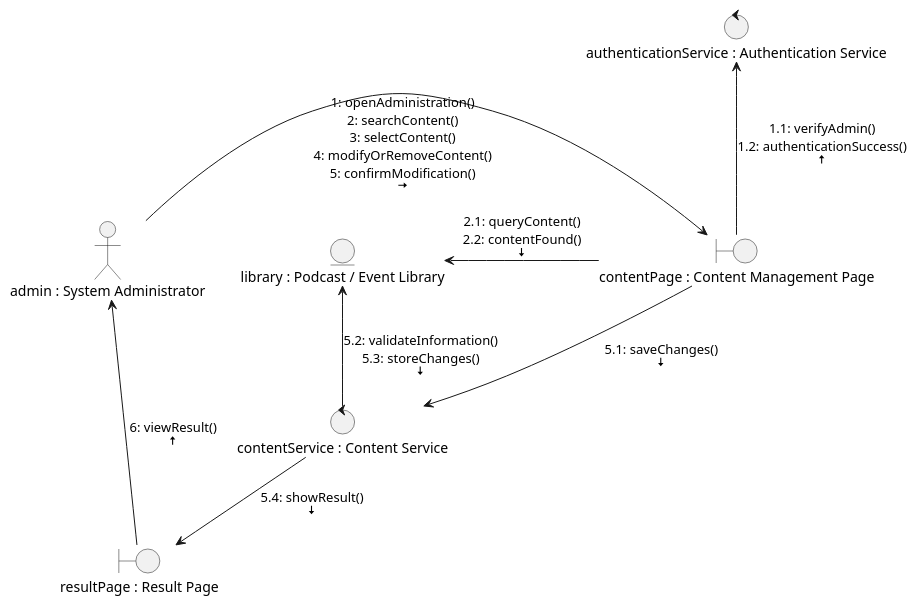
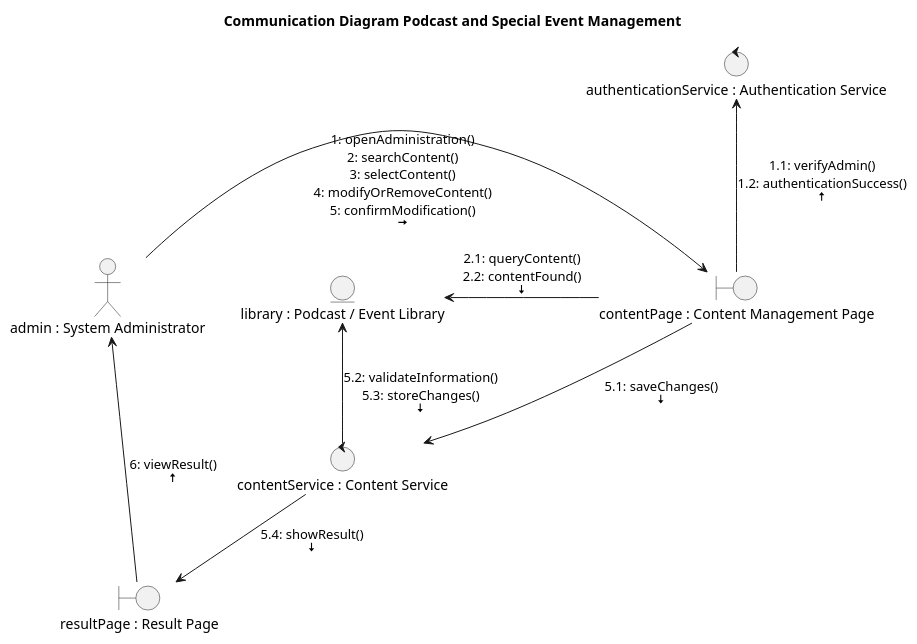
The diagram in PodcastEventManagement/communication.puml (Dorfultariant/semm-diagrams), drawn with PlantUML before and after one commit. The commit also changed 11 other files, not shown here.

Commit message:
Add title usage report diagrams and podcasteventmanagement diagrams

```diff
--- a/PodcastEventManagement/communication.puml
+++ b/PodcastEventManagement/communication.puml
@@ -1,19 +1,21 @@
 @startuml CollaborationPodcastSpecialEvent
+
+title Communication Diagram Podcast and Special Event Management
 
 actor Admin as "admin : System Administrator"
 
 boundary ContentPage as "contentPage : Content Management Page"
 control AuthenticationService as "authenticationService : Authentication Service"
 control ContentService as "contentService : Content Service"
 entity Library as "library : Podcast / Event Library"
 boundary ResultPage as "resultPage : Result Page"
 
 Admin -> (ContentPage) : "1: openAdministration()\n2: searchContent()\n3: selectContent()\n4: modifyOrRemoveContent()\n5: confirmModification()\n<&arrow-right>"
 (ContentPage) -up-> (AuthenticationService) : "1.1: verifyAdmin()\n1.2: authenticationSuccess()\n<&arrow-top>"
 (ContentPage) -left-> (Library) : "2.1: queryContent()\n2.2: contentFound()\n<&arrow-bottom>"
 (ContentPage) -down-> (ContentService) : "5.1: saveChanges()\n<&arrow-bottom>"
 (ContentService) -down-> (Library) : "5.2: validateInformation()\n5.3: storeChanges()\n<&arrow-bottom>"
 (ContentService) --> (ResultPage) : "5.4: showResult()\n<&arrow-bottom>"
 Admin <- (ResultPage) : "6: viewResult()\n<&arrow-top>"
 
 @enduml
```
